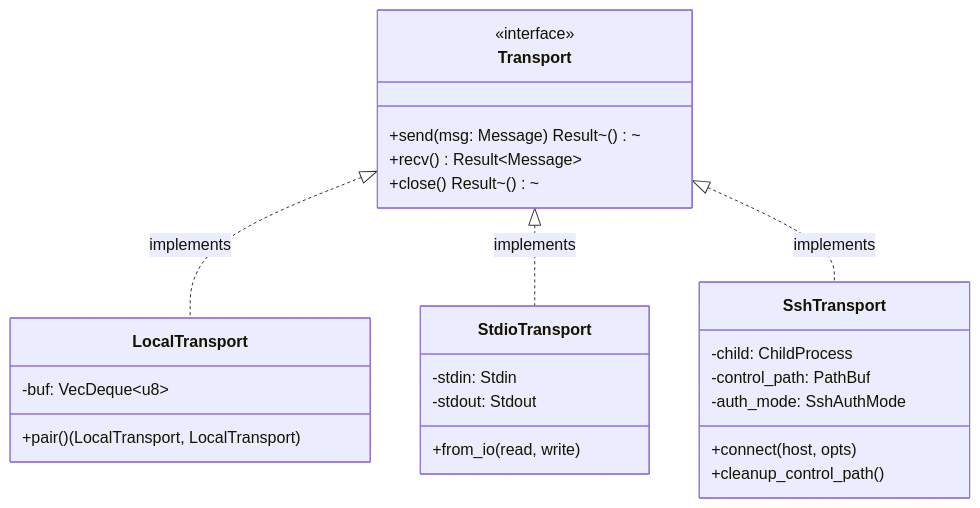
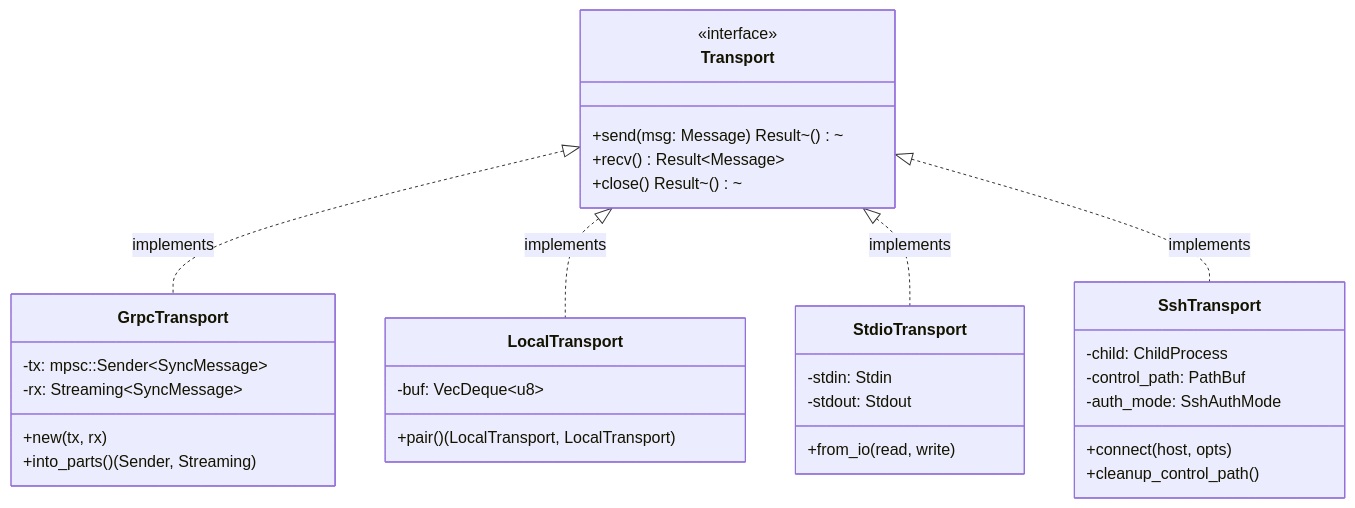
Before and after one commit to sria91/rsqlite-rsync: diagram 11 of 12 in docs/architecture-diagrams.md, drawn with Mermaid. The commit also changed other lines of this file and 23 other files, not shown here.

````diff
--- a/docs/architecture-diagrams.md
+++ b/docs/architecture-diagrams.md
@@ -408,32 +421,40 @@
 ```mermaid
 classDiagram
     class Transport {
         <<interface>>
         +send(msg: Message) Result~()~
         +recv() Result~Message~
         +close() Result~()~
+    }
+
+    class GrpcTransport {
+        -tx: mpsc::Sender~SyncMessage~
+        -rx: Streaming~SyncMessage~
+        +new(tx, rx)
+        +into_parts() (Sender, Streaming)
     }
 
     class LocalTransport {
         -buf: VecDeque~u8~
         +pair() (LocalTransport, LocalTransport)
     }
 
     class StdioTransport {
         -stdin: Stdin
         -stdout: Stdout
         +from_io(read, write)
     }
 
     class SshTransport {
         -child: ChildProcess
         -control_path: PathBuf
         -auth_mode: SshAuthMode
         +connect(host, opts)
         +cleanup_control_path()
     }
 
+    Transport <|.. GrpcTransport : implements
     Transport <|.. LocalTransport : implements
     Transport <|.. StdioTransport : implements
     Transport <|.. SshTransport : implements
 ```
````
